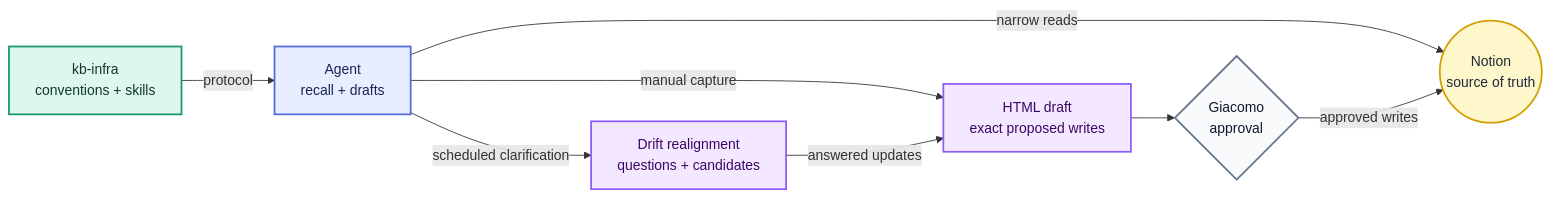
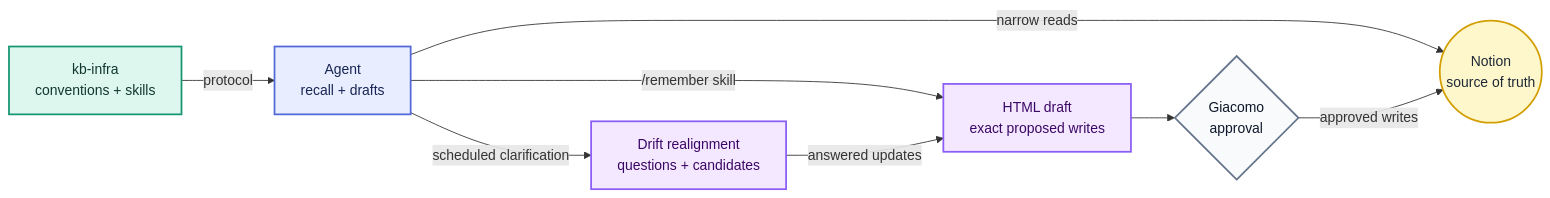
Before and after one commit to giacomoguidotto/kb-infra: the diagram in README.md, drawn with Mermaid. The commit also changed other lines of this file and 3 other files, not shown here.

````diff
--- a/README.md
+++ b/README.md
@@ -35,29 +35,29 @@
 ```mermaid
 flowchart LR
     repo["kb-infra<br/>conventions + skills"]
     notion(("Notion<br/>source of truth"))
     agent["Agent<br/>recall + drafts"]
     draft["HTML draft<br/>exact proposed writes"]
     realign["Drift realignment<br/>questions + candidates"]
     approval{"Giacomo<br/>approval"}
 
     repo -- "protocol" --> agent
     agent -- "narrow reads" --> notion
-    agent -- "manual capture" --> draft
+    agent -- "/remember skill" --> draft
     agent -- "scheduled clarification" --> realign
     realign -- "answered updates" --> draft
     draft --> approval
     approval -- "approved writes" --> notion
 
     classDef source fill:#fff7cc,stroke:#d39e00,stroke-width:2px,color:#1f2937;
     classDef protocol fill:#ddf7ef,stroke:#159570,stroke-width:2px,color:#12372f;
     classDef runtime fill:#e8edff,stroke:#5267d8,stroke-width:2px,color:#172554;
     classDef artifact fill:#f3e8ff,stroke:#8b5cf6,stroke-width:2px,color:#3b0764;
     classDef decision fill:#f8fafc,stroke:#64748b,stroke-width:2px,color:#0f172a;
 
     class notion source;
     class repo protocol;
     class agent runtime;
     class draft,realign artifact;
     class approval decision;
 ```
````
